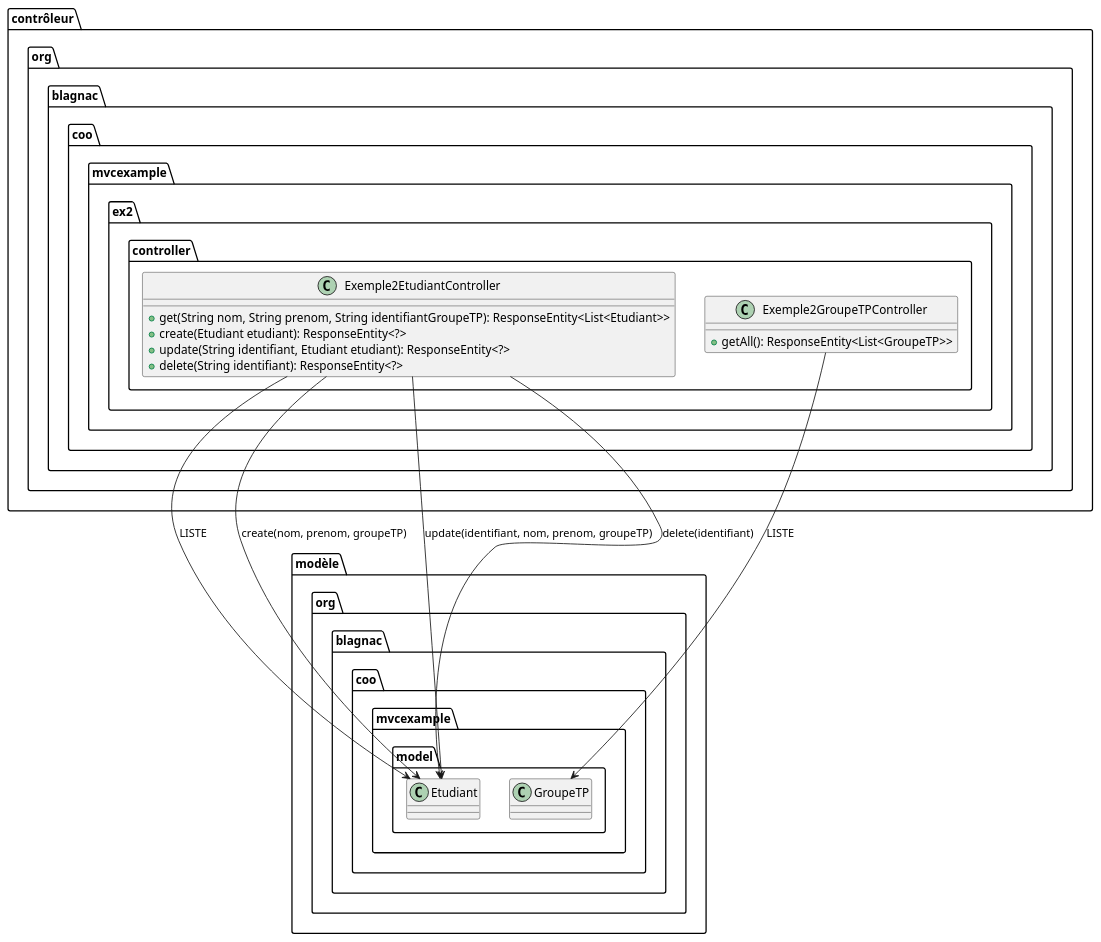
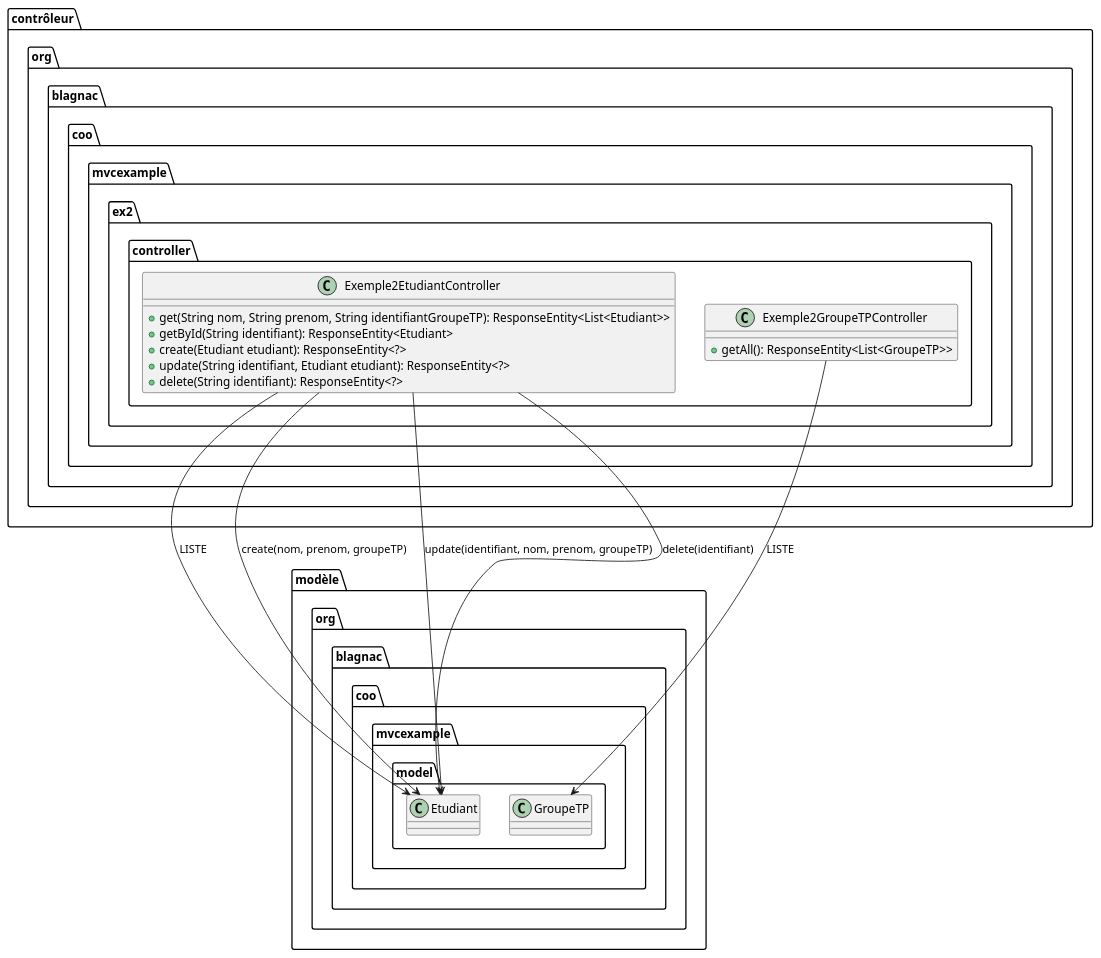
One commit to tgoubin/mvc-example changed the third of 4 diagrams in src/main/doc/exemple2.adoc. Above: the diagram before and after it, drawn with PlantUML. The commit also changed other lines of this file, not shown here.

```diff
--- a/src/main/doc/exemple2.adoc
+++ b/src/main/doc/exemple2.adoc
@@ -161,34 +161,35 @@
 [plantuml, "ex2-controleur", png]  
 ----
 @startuml
 
 folder contrôleur {
 	package org.blagnac.coo.mvcexample.ex2.controller {
 		class Exemple2EtudiantController {
 			+ get(String nom, String prenom, String identifiantGroupeTP): ResponseEntity<List<Etudiant>>
+			+ getById(String identifiant): ResponseEntity<Etudiant>
 			+ create(Etudiant etudiant): ResponseEntity<?>
 			+ update(String identifiant, Etudiant etudiant): ResponseEntity<?>
 			+ delete(String identifiant): ResponseEntity<?>
 		}
 		
 		class Exemple2GroupeTPController {
 			+ getAll(): ResponseEntity<List<GroupeTP>>
 		}
 	}
 }
 
 folder modèle {
 	package org.blagnac.coo.mvcexample.model {
 	    class Etudiant
 	    class GroupeTP
 	}
 }
 
 Exemple2EtudiantController --> Etudiant: LISTE
 Exemple2EtudiantController --> Etudiant: create(nom, prenom, groupeTP)
 Exemple2EtudiantController --> Etudiant: update(identifiant, nom, prenom, groupeTP)
 Exemple2EtudiantController --> Etudiant: delete(identifiant)
 Exemple2GroupeTPController --> GroupeTP: LISTE
 
 @enduml
 ----
```
